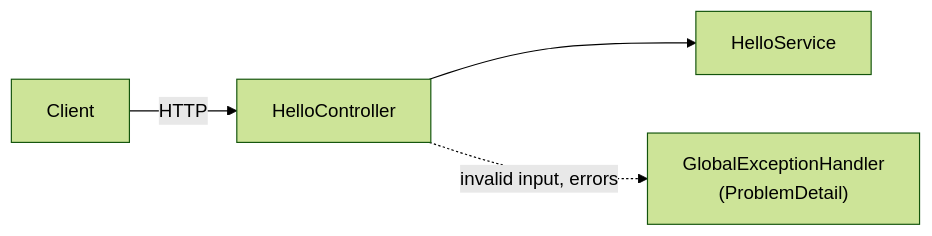
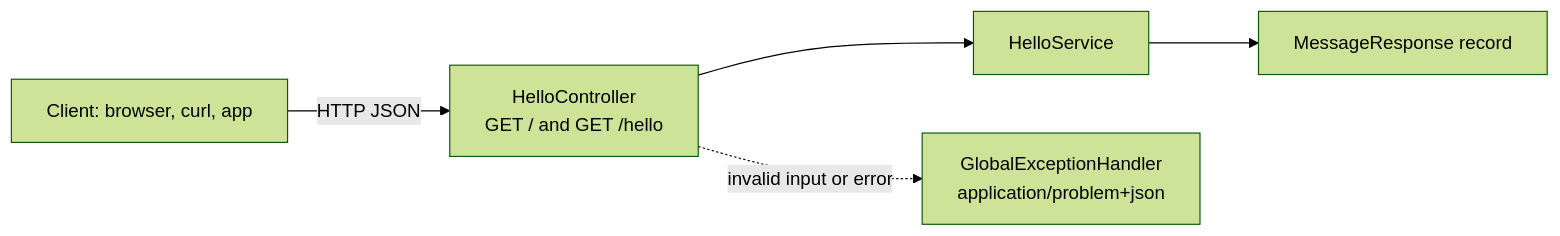
The diagram in starters/starter-springboot/README.md (light-cloud-com/templates), drawn with Mermaid (forest theme) before and after one commit. The commit also changed other lines of this file and 2 other files, not shown here.

````diff
--- a/starters/starter-springboot/README.md
+++ b/starters/starter-springboot/README.md
@@ -28,6 +115,7 @@
 ```mermaid
 flowchart LR
-    client["Client"] -->|HTTP| controller["HelloController"]
+    client["Client: browser, curl, app"] -->|HTTP JSON| controller["HelloController<br/>GET / and GET /hello"]
     controller --> service["HelloService"]
-    controller -. "invalid input, errors" .-> handler["GlobalExceptionHandler<br/>(ProblemDetail)"]
+    service --> record["MessageResponse record"]
+    controller -.->|"invalid input or error"| handler["GlobalExceptionHandler<br/>application/problem+json"]
 ```
````
